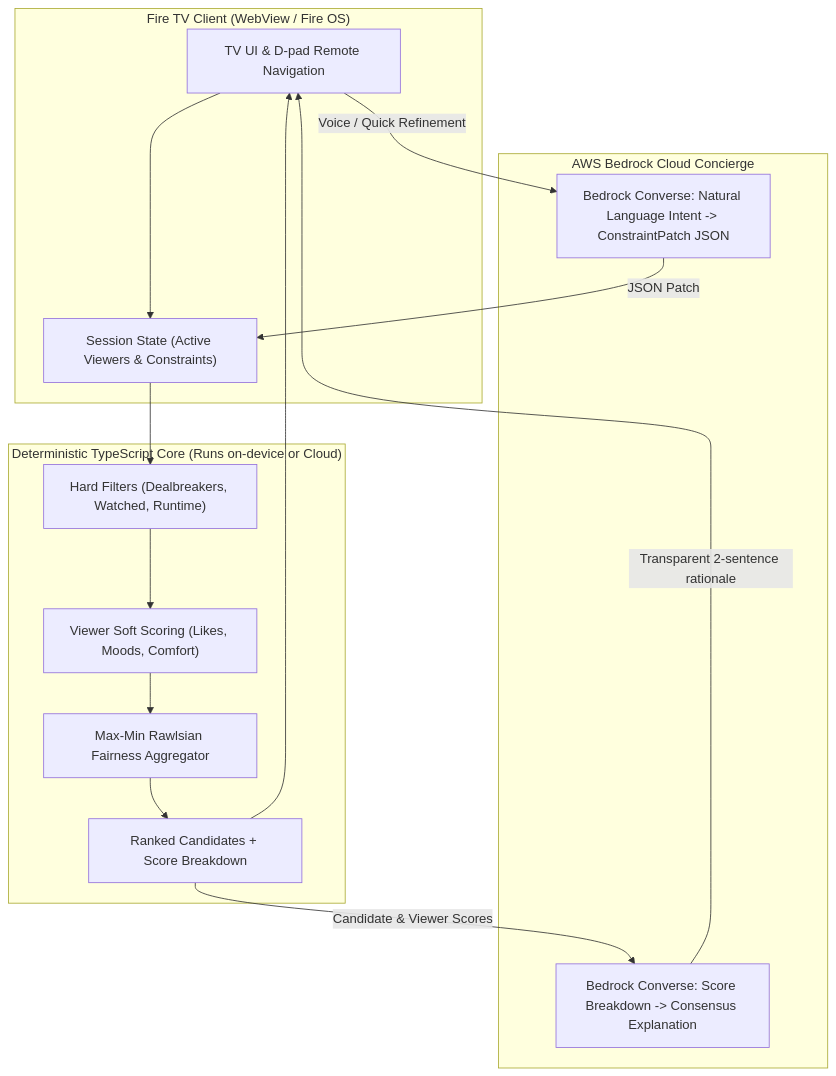
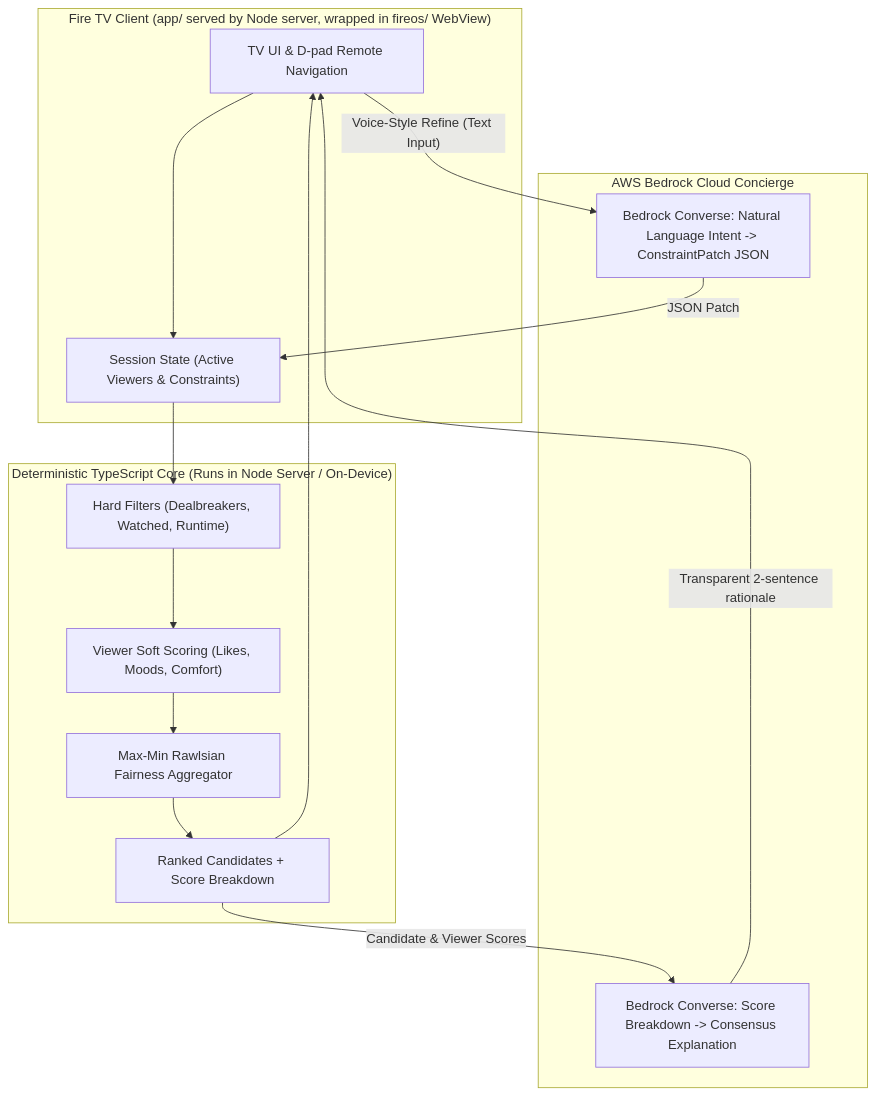
One commit to shrutimishrads/OnePick changed the diagram in docs/architecture.md. Above: the diagram before and after it, drawn with Mermaid. The commit also changed other lines of this file and 3 other files, not shown here.

Commit message:
docs: ground architecture, clarify voice input simulation, and update demo links

````diff
--- a/docs/architecture.md
+++ b/docs/architecture.md
@@ -3,32 +3,32 @@
 ```mermaid
 flowchart TD
-    subgraph FireTVApp ["Fire TV Client (WebView / Fire OS)"]
+    subgraph FireTVApp ["Fire TV Client (app/ served by Node server, wrapped in fireos/ WebView)"]
         UI["TV UI & D-pad Remote Navigation"]
         State["Session State (Active Viewers & Constraints)"]
     end
 
-    subgraph DeterministicCore ["Deterministic TypeScript Core (Runs on-device or Cloud)"]
+    subgraph DeterministicCore ["Deterministic TypeScript Core (Runs in Node Server / On-Device)"]
         Filter["Hard Filters (Dealbreakers, Watched, Runtime)"]
         Scorer["Viewer Soft Scoring (Likes, Moods, Comfort)"]
         Fairness["Max-Min Rawlsian Fairness Aggregator"]
         Ranker["Ranked Candidates + Score Breakdown"]
     end
 
     subgraph CloudLayer ["AWS Bedrock Cloud Concierge"]
         BedrockParse["Bedrock Converse: Natural Language Intent -> ConstraintPatch JSON"]
         BedrockExplain["Bedrock Converse: Score Breakdown -> Consensus Explanation"]
     end
 
     UI --> State
     State --> Filter
     Filter --> Scorer
     Scorer --> Fairness
     Fairness --> Ranker
     Ranker --> UI
 
-    UI -- "Voice / Quick Refinement" --> BedrockParse
+    UI -- "Voice-Style Refine (Text Input)" --> BedrockParse
     BedrockParse -- "JSON Patch" --> State
 
     Ranker -- "Candidate & Viewer Scores" --> BedrockExplain
     BedrockExplain -- "Transparent 2-sentence rationale" --> UI
 ```
````
